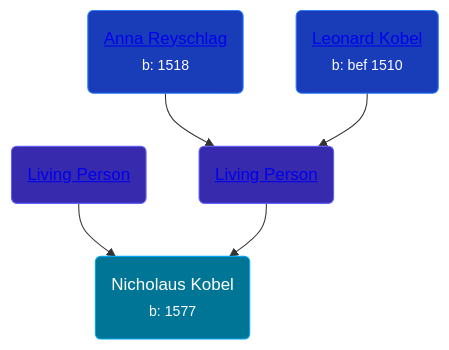
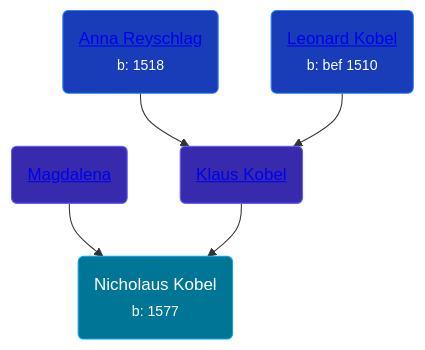
One commit to wpmgotkh/wpmgotkh.github.io changed the diagram in pages/people/4/41497852.md. Above: the diagram before and after it, drawn with Mermaid. The commit also changed other lines of this file and 586 other files, not shown here.

Commit message:
feat: better shouldConsiderPersonLiving algo

````diff
--- a/pages/people/4/41497852.md
+++ b/pages/people/4/41497852.md
@@ -11,11 +11,11 @@
 ```mermaid
 graph
 classDef grands fill:#193cb8,stroke:#2b7fff,stroke-width:1px,color:#fff;
 classDef parents fill:#372aac,stroke:#615fff,stroke-width:1px,color:#fff;
 classDef primary fill:#007595,stroke:#00a6f4,stroke-width:1px,color:#fff;
 41497852(Nicholaus Kobel<br /><small>b: 1577</small>):::primary
-702138(<a class="text-white" href="/people/7/702138">Living Person</a>):::parents-->41497852
-46655036(<a class="text-white" href="/people/4/46655036">Living Person</a>):::parents-->41497852
+702138(<a class="text-white" href="/people/7/702138">Magdalena </a>):::parents-->41497852
+46655036(<a class="text-white" href="/people/4/46655036">Klaus Kobel</a>):::parents-->41497852
 11719006(<a class="text-white" href="/people/1/11719006">Anna Reyschlag</a><br /><small>b: 1518</small>):::grands-->46655036
 3731471(<a class="text-white" href="/people/3/3731471">Leonard Kobel</a><br /><small>b: bef 1510</small>):::grands-->46655036
 ```
````
